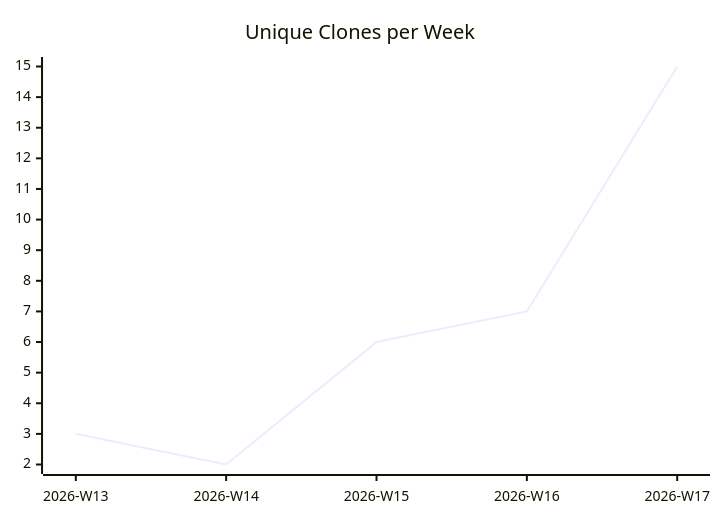
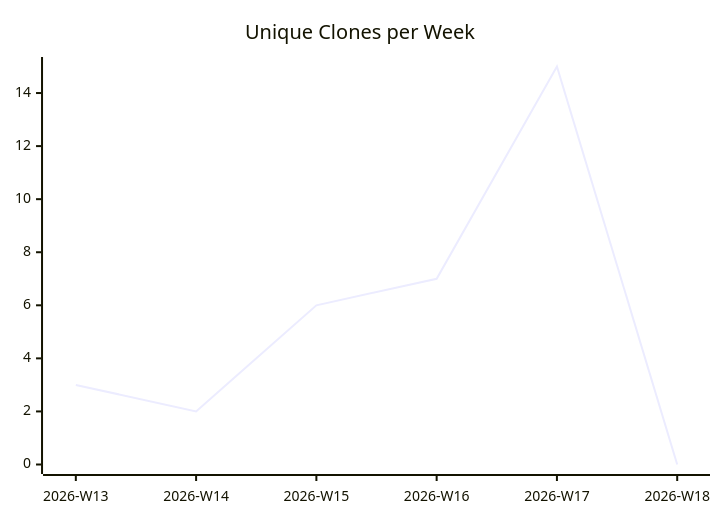
The third of 3 diagrams in karlmdavis/justdavis-ansible/README.md (justdavis-family/github-analytics-data), drawn with Mermaid before and after one commit. The commit also changed other lines of this file and 184 other files, not shown here.

````diff
--- a/karlmdavis/justdavis-ansible/README.md
+++ b/karlmdavis/justdavis-ansible/README.md
@@ -19,6 +19,6 @@
 ```mermaid
 xychart-beta
   title "Unique Clones per Week"
-  x-axis ["2026-W13", "2026-W14", "2026-W15", "2026-W16", "2026-W17"]
-  line [3, 2, 6, 7, 15]
+  x-axis ["2026-W13", "2026-W14", "2026-W15", "2026-W16", "2026-W17", "2026-W18"]
+  line [3, 2, 6, 7, 15, 0]
 ```
````
